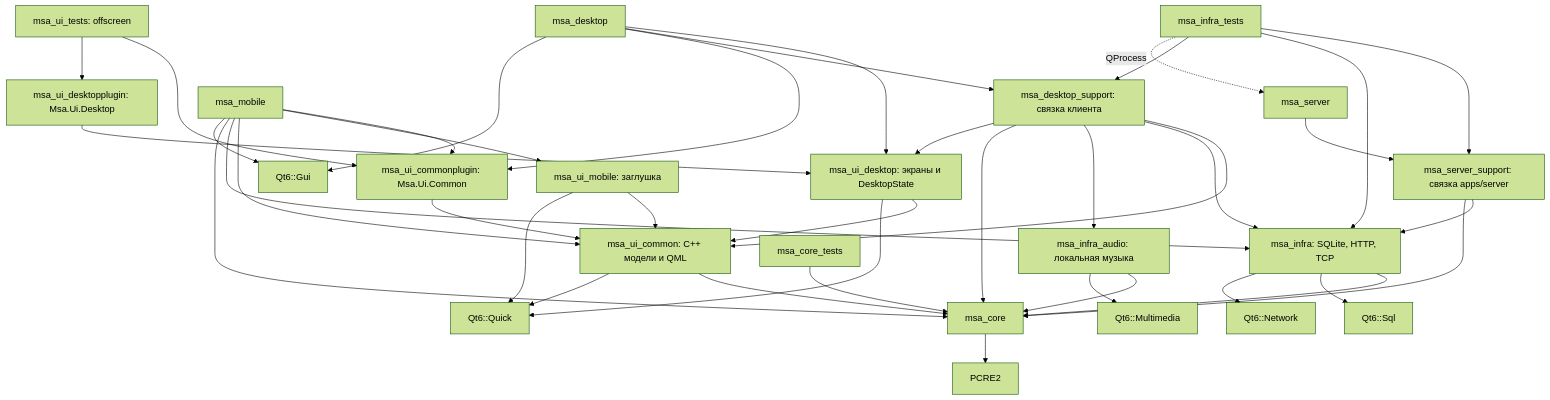
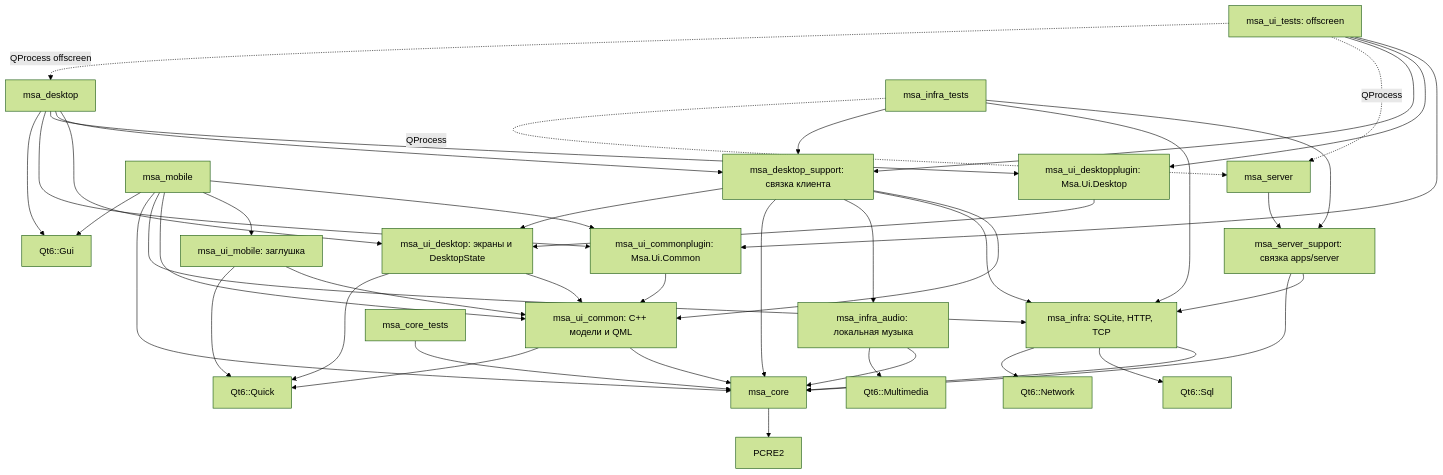
One commit to TasFoma/MySuperAssistant changed the first of 2 diagrams in docs/architecture.md. Above: the diagram before and after it, drawn with Mermaid (forest theme). The commit also changed other lines of this file and 29 other files, not shown here.

````diff
--- a/docs/architecture.md
+++ b/docs/architecture.md
@@ -70,42 +80,46 @@
 ```mermaid
 flowchart TD
     server[msa_server] --> support[msa_server_support: связка apps/server]
     support --> infra[msa_infra: SQLite, HTTP, TCP]
     support --> core[msa_core]
     desktop[msa_desktop] --> desktopUI[msa_ui_desktop: экраны и DesktopState]
     desktop --> desktopSupport[msa_desktop_support: связка клиента]
+    desktop --> desktopPlugin[msa_ui_desktopplugin: Msa.Ui.Desktop]
     desktopSupport --> common[msa_ui_common: C++ модели и QML]
     desktop --> plugin[msa_ui_commonplugin: Msa.Ui.Common]
     mobile --> plugin
     plugin --> common
     desktopSupport --> infra
     desktopSupport --> audio[msa_infra_audio: локальная музыка]
     audio --> core
     audio --> multimedia[Qt6::Multimedia]
     desktopSupport --> core
     desktopSupport --> desktopUI
     desktop --> gui[Qt6::Gui]
     mobile[msa_mobile] --> mobileUI[msa_ui_mobile: заглушка]
     mobile --> common
     mobile --> infra
     mobile --> core
     mobile --> gui
     desktopUI --> common
     desktopUI --> quick[Qt6::Quick]
     mobileUI --> common
     mobileUI --> quick
     common --> core
     common --> quick
     infra --> core
     infra --> sql[Qt6::Sql]
     infra --> network[Qt6::Network]
     core --> pcre[PCRE2]
     coreTests[msa_core_tests] --> core
     infraTests[msa_infra_tests] --> support
     infraTests --> infra
     infraTests --> desktopSupport
     uiTests[msa_ui_tests: offscreen] --> plugin
-    uiTests --> desktopPlugin[msa_ui_desktopplugin: Msa.Ui.Desktop]
+    uiTests --> desktopPlugin
+    uiTests --> desktopSupport
     desktopPlugin --> desktopUI
     infraTests -. QProcess .-> server
+    uiTests -. QProcess .-> server
+    uiTests -. QProcess offscreen .-> desktop
 ```
````
